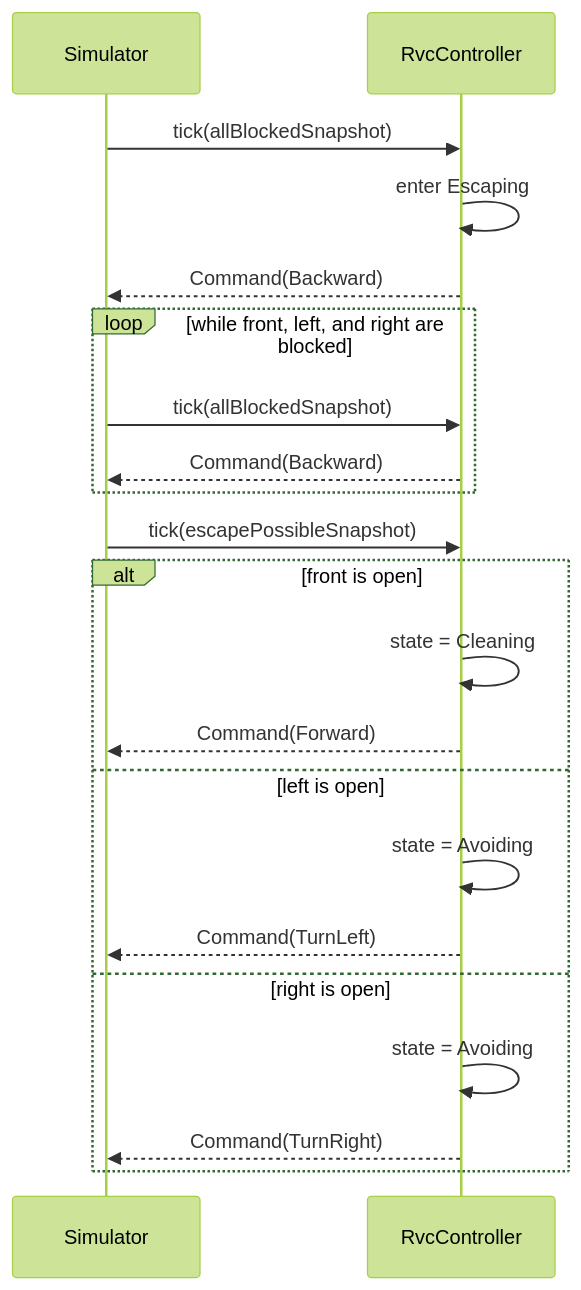
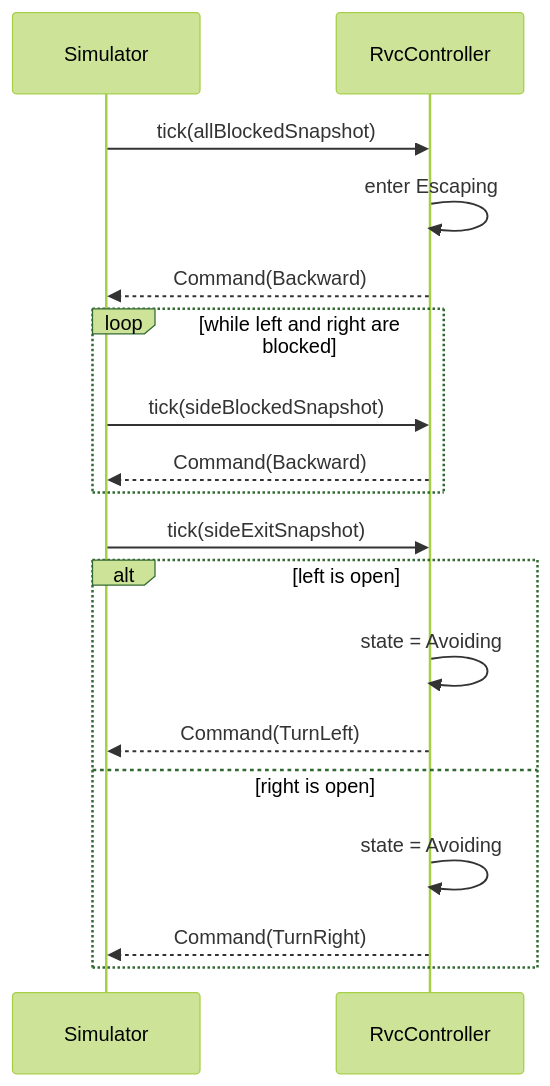
Before and after one commit to reload02/ooad-vibe: the fifth of 6 diagrams in docs/ood_sequence_diagrams.md, drawn with Mermaid (forest theme). The commit also changed 8 other files, not shown here.

Commit message:
Refine escaping behavior and update related tests to ensure RVC backs up until a side exit opens

````diff
--- a/docs/ood_sequence_diagrams.md
+++ b/docs/ood_sequence_diagrams.md
@@ -84,24 +84,21 @@
 ```mermaid
 sequenceDiagram
     participant Simulator
     participant Controller as RvcController
 
     Simulator->>Controller: tick(allBlockedSnapshot)
     Controller->>Controller: enter Escaping
     Controller-->>Simulator: Command(Backward)
-    loop while front, left, and right are blocked
-        Simulator->>Controller: tick(allBlockedSnapshot)
+    loop while left and right are blocked
+        Simulator->>Controller: tick(sideBlockedSnapshot)
         Controller-->>Simulator: Command(Backward)
     end
-    Simulator->>Controller: tick(escapePossibleSnapshot)
-    alt front is open
-        Controller->>Controller: state = Cleaning
-        Controller-->>Simulator: Command(Forward)
-    else left is open
+    Simulator->>Controller: tick(sideExitSnapshot)
+    alt left is open
         Controller->>Controller: state = Avoiding
         Controller-->>Simulator: Command(TurnLeft)
     else right is open
         Controller->>Controller: state = Avoiding
         Controller-->>Simulator: Command(TurnRight)
     end
 ```
````
